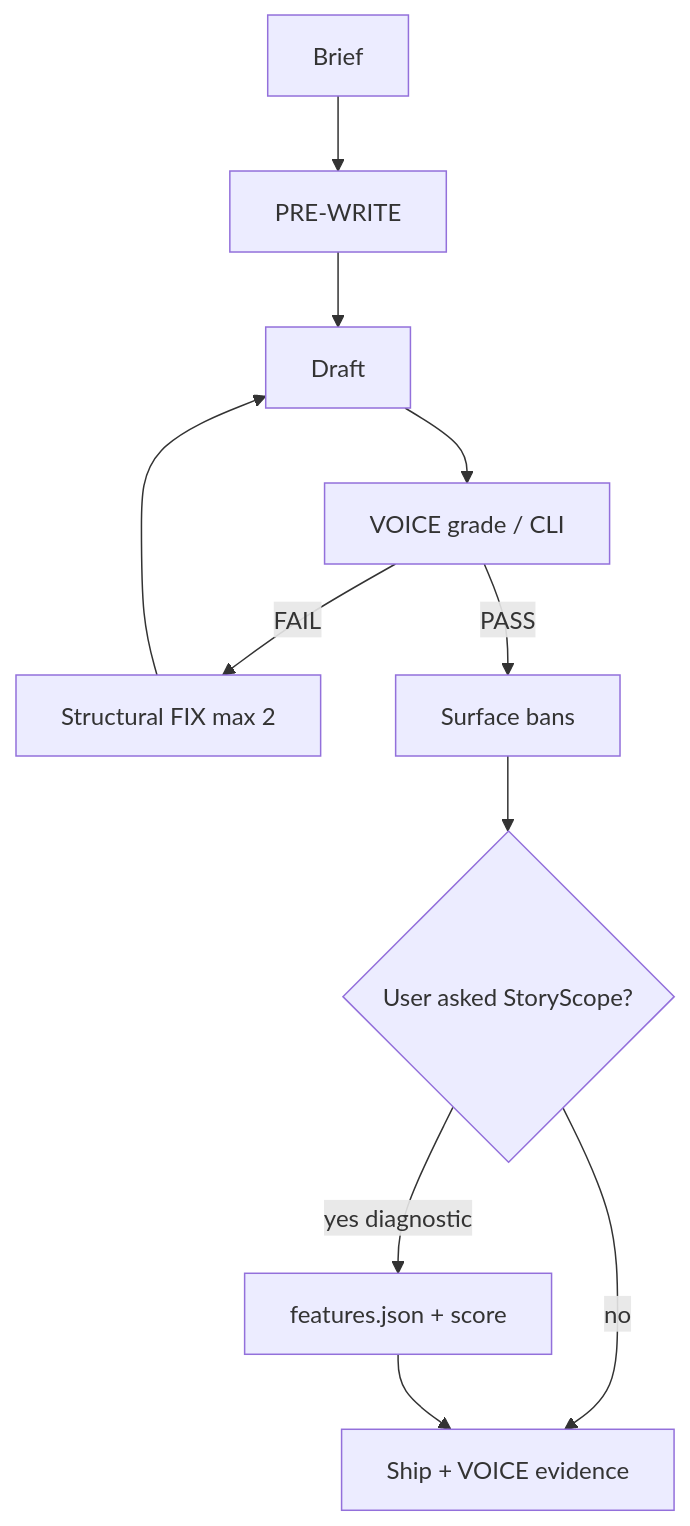
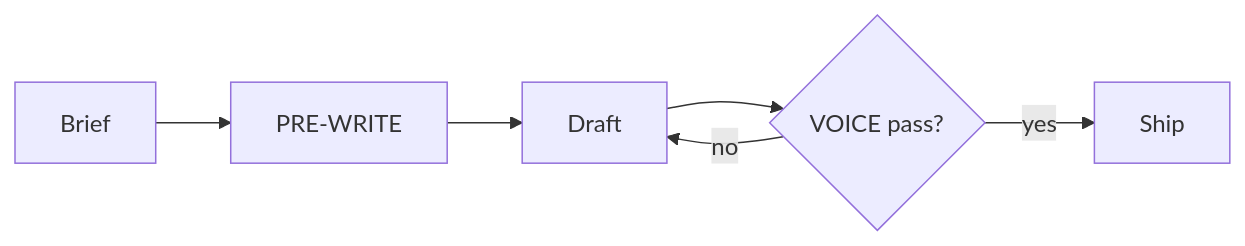
The diagram in README.md (vstalingrady/noslop), drawn with Mermaid before and after one commit. The commit also changed other lines of this file and 1 other file, not shown here.

````diff
--- a/README.md
+++ b/README.md
@@ -43,13 +151,8 @@
 ```mermaid
-flowchart TD
+flowchart LR
   A[Brief] --> B[PRE-WRITE]
   B --> C[Draft]
-  C --> D[VOICE grade / CLI]
-  D -->|FAIL| E[Structural FIX max 2]
-  E --> C
-  D -->|PASS| F[Surface bans]
-  F --> G{User asked StoryScope?}
-  G -->|yes diagnostic| H[features.json + score]
-  G -->|no| I[Ship + VOICE evidence]
-  H --> I
+  C --> D{VOICE pass?}
+  D -->|no| C
+  D -->|yes| E[Ship]
 ```
````
